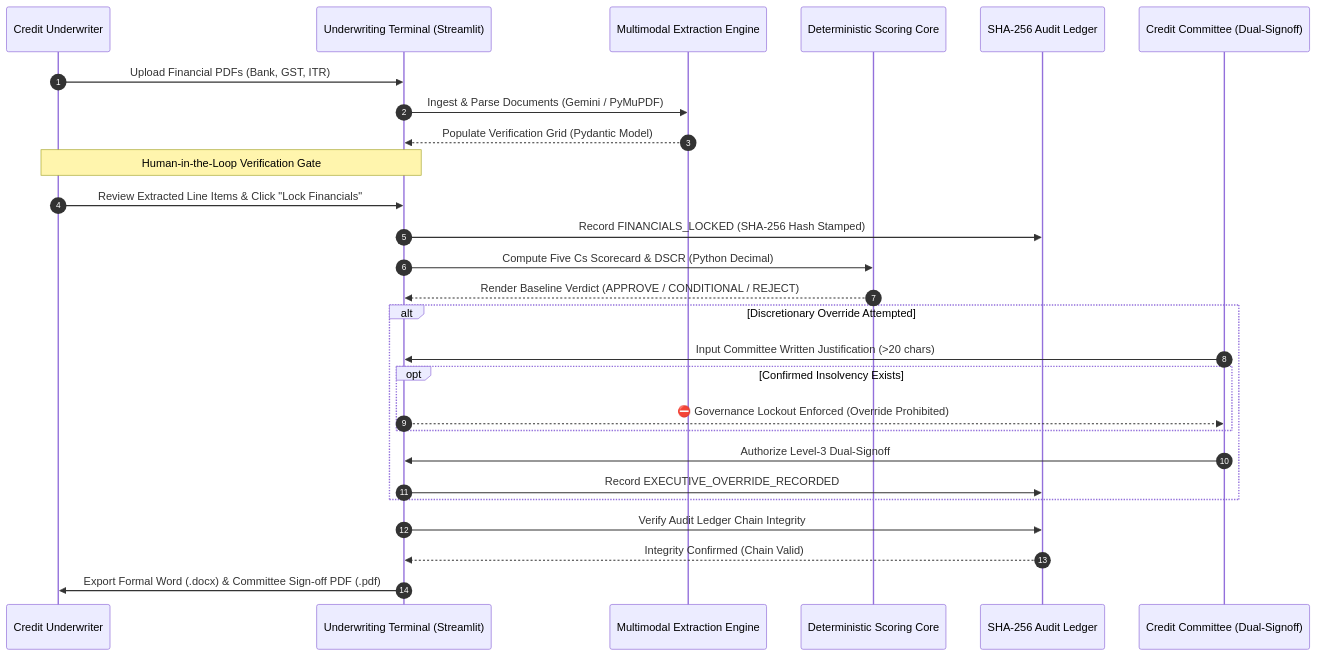
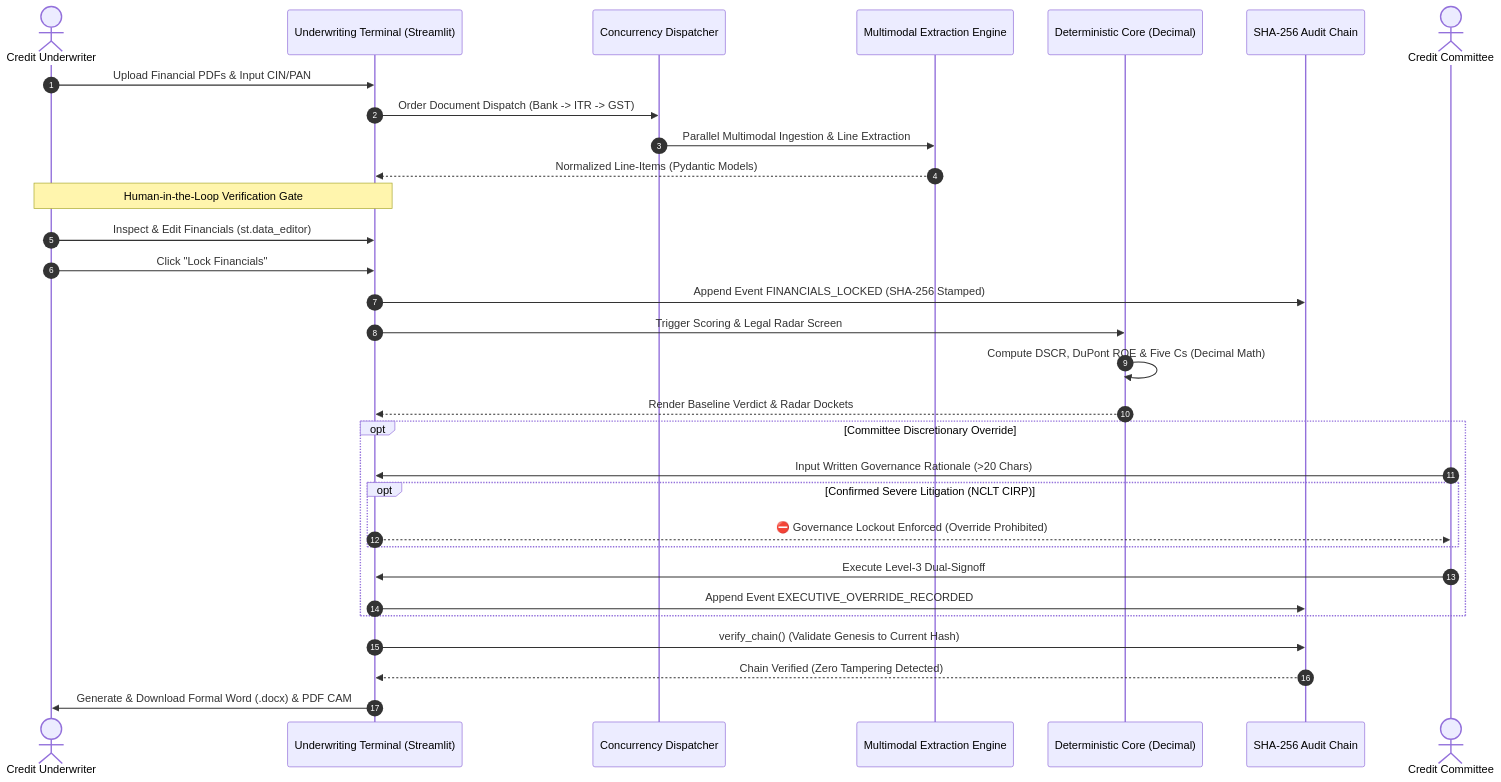
The second of 2 diagrams in README.md (SRIVIGHNATEJA/CreditGate), drawn with Mermaid before and after one commit. The commit also changed other lines of this file, not shown here.

````diff
--- a/README.md
+++ b/README.md
@@ -102,32 +136,38 @@
 ```mermaid
 sequenceDiagram
     autonumber
-    participant U as Credit Underwriter
+    actor U as Credit Underwriter
     participant UI as Underwriting Terminal (Streamlit)
-    participant EX as Multimodal Extraction Engine
-    participant SC as Deterministic Scoring Core
-    participant AL as SHA-256 Audit Ledger
-    participant CC as Credit Committee (Dual-Signoff)
+    participant DISP as Concurrency Dispatcher
+    participant EXT as Multimodal Extraction Engine
+    participant CORE as Deterministic Core (Decimal)
+    participant LEDGER as SHA-256 Audit Chain
+    actor CC as Credit Committee
 
-    U->>UI: Upload Financial PDFs (Bank, GST, ITR)
-    UI->>EX: Ingest & Parse Documents (Gemini / PyMuPDF)
-    EX-->>UI: Populate Verification Grid (Pydantic Model)
+    U->>UI: Upload Financial PDFs & Input CIN/PAN
+    UI->>DISP: Order Document Dispatch (Bank -> ITR -> GST)
+    DISP->>EXT: Parallel Multimodal Ingestion & Line Extraction
+    EXT-->>UI: Normalized Line-Items (Pydantic Models)
+
     Note over U,UI: Human-in-the-Loop Verification Gate
-    U->>UI: Review Extracted Line Items & Click "Lock Financials"
-    UI->>AL: Record FINANCIALS_LOCKED (SHA-256 Hash Stamped)
-    UI->>SC: Compute Five Cs Scorecard & DSCR (Python Decimal)
-    SC-->>UI: Render Baseline Verdict (APPROVE / CONDITIONAL / REJECT)
+    U->>UI: Inspect & Edit Financials (st.data_editor)
+    U->>UI: Click "Lock Financials"
+    UI->>LEDGER: Append Event FINANCIALS_LOCKED (SHA-256 Stamped)
     
-    alt Discretionary Override Attempted
-        CC->>UI: Input Committee Written Justification (>20 chars)
-        opt Confirmed Insolvency Exists
+    UI->>CORE: Trigger Scoring & Legal Radar Screen
+    CORE->>CORE: Compute DSCR, DuPont ROE & Five Cs (Decimal Math)
+    CORE-->>UI: Render Baseline Verdict & Radar Dockets
+    
+    opt Committee Discretionary Override
+        CC->>UI: Input Written Governance Rationale (>20 Chars)
+        opt Confirmed Severe Litigation (NCLT CIRP)
             UI-->>CC: ⛔ Governance Lockout Enforced (Override Prohibited)
         end
-        CC->>UI: Authorize Level-3 Dual-Signoff
-        UI->>AL: Record EXECUTIVE_OVERRIDE_RECORDED
+        CC->>UI: Execute Level-3 Dual-Signoff
+        UI->>LEDGER: Append Event EXECUTIVE_OVERRIDE_RECORDED
     end
 
-    UI->>AL: Verify Audit Ledger Chain Integrity
-    AL-->>UI: Integrity Confirmed (Chain Valid)
-    UI->>U: Export Formal Word (.docx) & Committee Sign-off PDF (.pdf)
+    UI->>LEDGER: verify_chain() (Validate Genesis to Current Hash)
+    LEDGER-->>UI: Chain Verified (Zero Tampering Detected)
+    UI->>U: Generate & Download Formal Word (.docx) & PDF CAM
 ```
````
